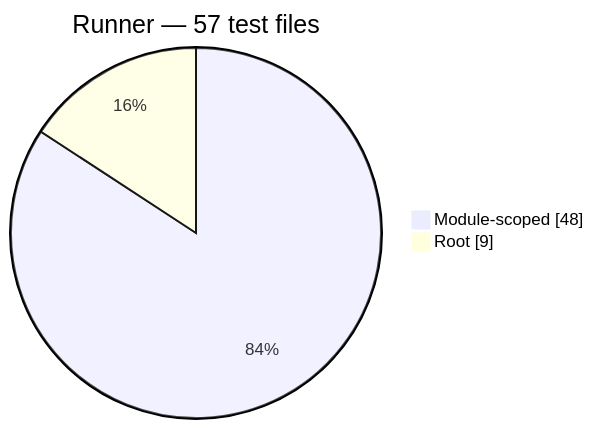
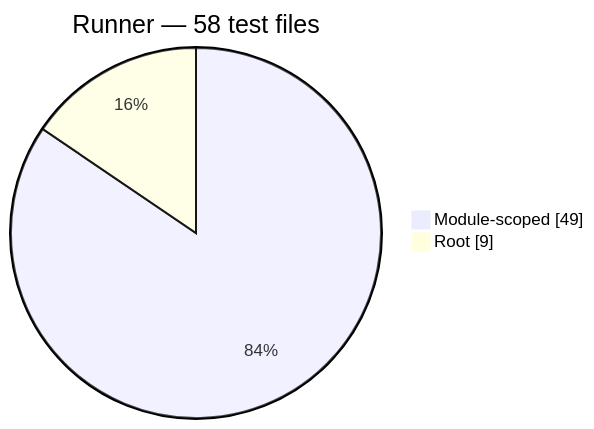
One commit to PHP-Arazzo/php-arazzo changed the seventh of 13 diagrams in docs/generated/test-composition.md. Above: the diagram before and after it, drawn with Mermaid. The commit also changed other lines of this file and 16 other files, not shown here.

Commit message:
docs(generated): regenerate architecture diagrams and API docs for transport failure handling

````diff
--- a/docs/generated/test-composition.md
+++ b/docs/generated/test-composition.md
@@ -106,6 +106,6 @@
 ```mermaid
 pie showData
-    title Runner — 57 test files
-    "Module-scoped": 48
+    title Runner — 58 test files
+    "Module-scoped": 49
     "Root": 9
 ```
````
